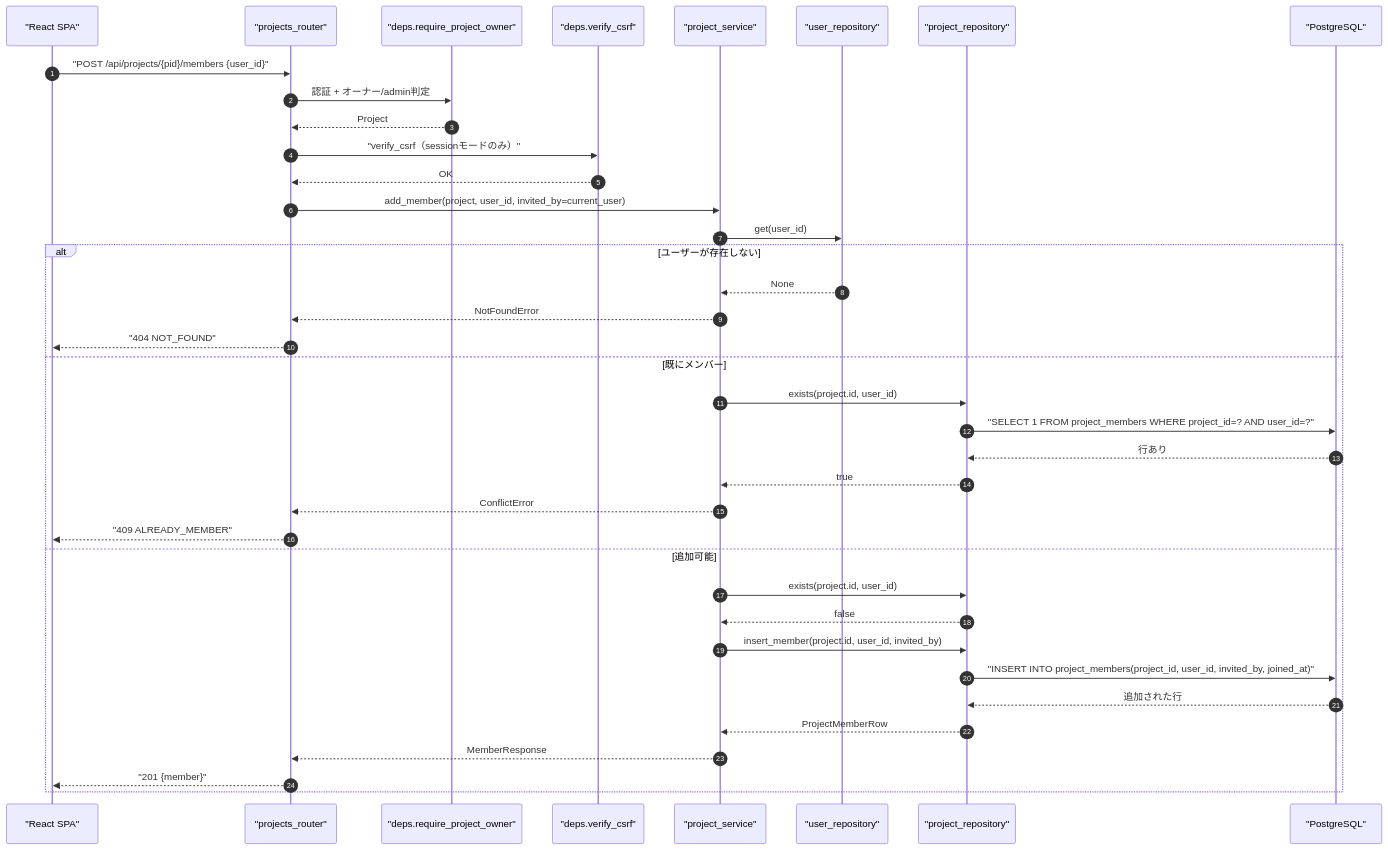
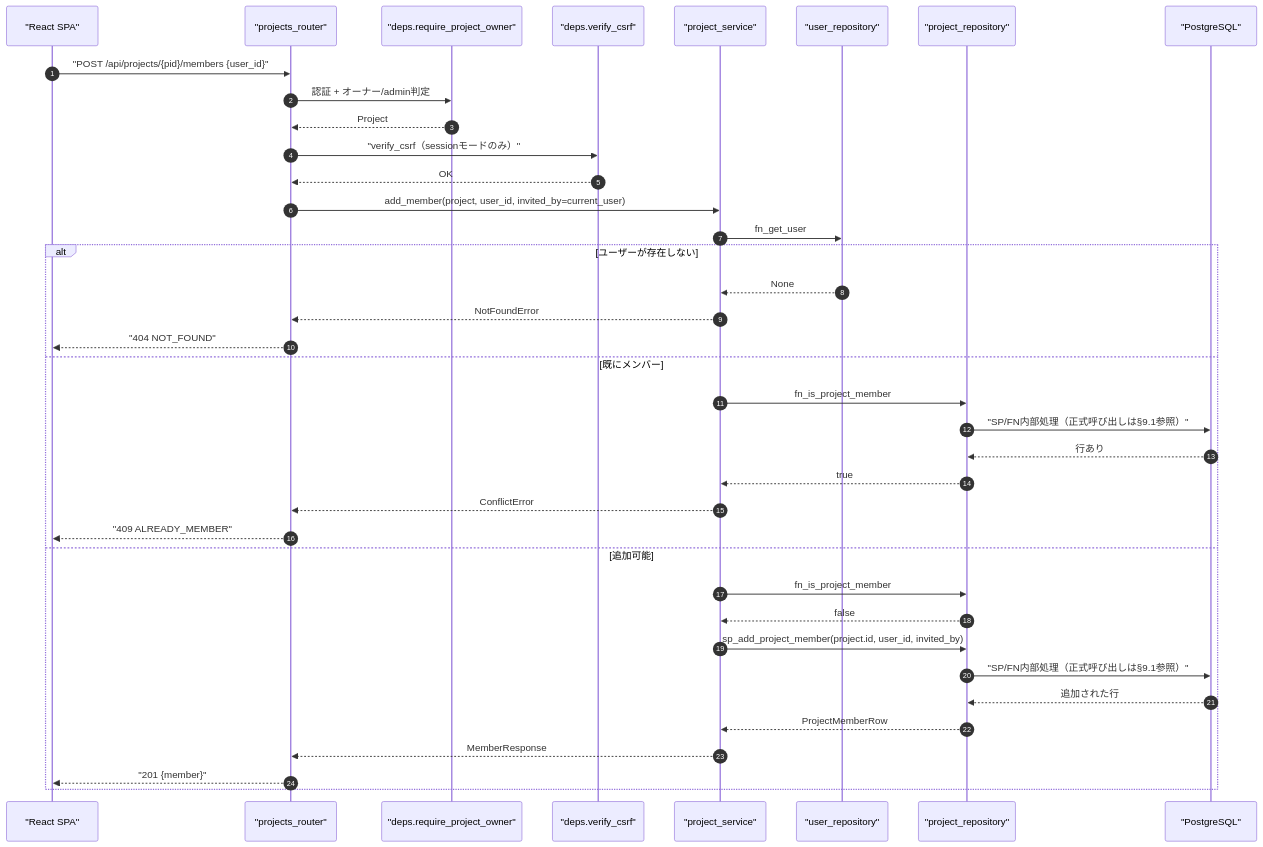
The first of 4 diagrams in detailed_design/api/projects/07_post_project_members.md (oikawa-d/task_management), drawn with Mermaid before and after one commit. The commit also changed other lines of this file and 58 other files, not shown here.

````diff
--- a/detailed_design/api/projects/07_post_project_members.md
+++ b/detailed_design/api/projects/07_post_project_members.md
@@ -106,41 +106,41 @@
 ```mermaid
 sequenceDiagram
     autonumber
     participant FE as "React SPA"
     participant R as "projects_router"
     participant D as "deps.require_project_owner"
     participant CSRF as "deps.verify_csrf"
     participant S as "project_service"
     participant UR as "user_repository"
     participant PR as "project_repository"
     participant PG as "PostgreSQL"
 
     FE->>R: "POST /api/projects/{pid}/members {user_id}"
     R->>D: 認証 + オーナー/admin判定
     D-->>R: Project
     R->>CSRF: "verify_csrf（sessionモードのみ）"
     CSRF-->>R: OK
     R->>S: add_member(project, user_id, invited_by=current_user)
-    S->>UR: get(user_id)
+    S->>UR: fn_get_user
     alt ユーザーが存在しない
         UR-->>S: None
         S-->>R: NotFoundError
         R-->>FE: "404 NOT_FOUND"
     else 既にメンバー
-        S->>PR: exists(project.id, user_id)
-        PR->>PG: "SELECT 1 FROM project_members WHERE project_id=? AND user_id=?"
+        S->>PR: fn_is_project_member
+        PR->>PG: "SP/FN内部処理（正式呼び出しは§9.1参照）"
         PG-->>PR: 行あり
         PR-->>S: true
         S-->>R: ConflictError
         R-->>FE: "409 ALREADY_MEMBER"
     else 追加可能
-        S->>PR: exists(project.id, user_id)
+        S->>PR: fn_is_project_member
         PR-->>S: false
-        S->>PR: insert_member(project.id, user_id, invited_by)
-        PR->>PG: "INSERT INTO project_members(project_id, user_id, invited_by, joined_at)"
+        S->>PR: sp_add_project_member(project.id, user_id, invited_by)
+        PR->>PG: "SP/FN内部処理（正式呼び出しは§9.1参照）"
         PG-->>PR: 追加された行
         PR-->>S: ProjectMemberRow
         S-->>R: MemberResponse
         R-->>FE: "201 {member}"
     end
 ```
````
